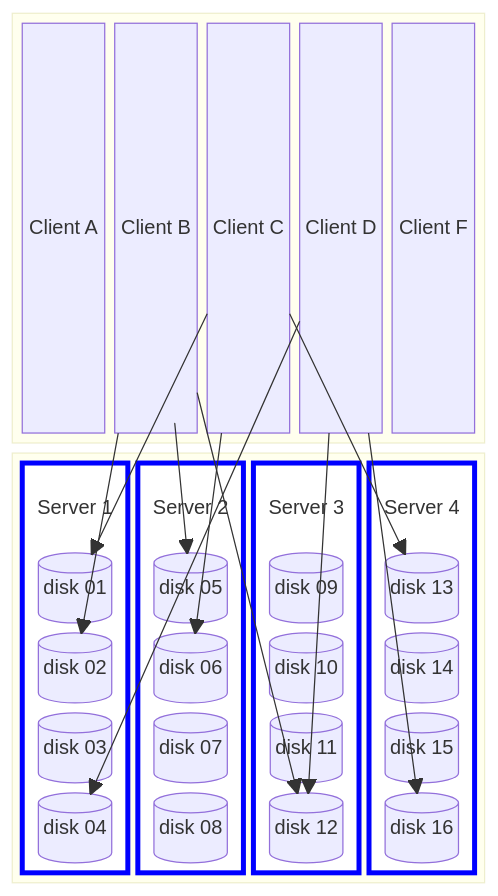
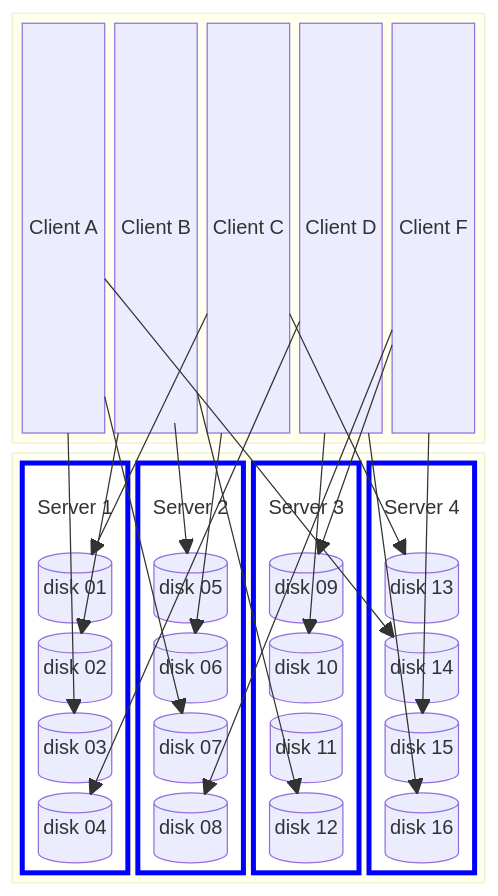
One commit to jan379/quobyte-presales changed the diagram in slidegenerator/mermaid/cluster_diagram.md. Above: the diagram before and after it, drawn with Mermaid.

Commit message:
all clients

````diff
--- a/slidegenerator/mermaid/cluster_diagram.md
+++ b/slidegenerator/mermaid/cluster_diagram.md
@@ -3,63 +3,69 @@
 ```mermaid
 block
 columns 1
   block:Compute
   columns 10
     C1["Client A"]
     C2["Client B"]
     C3["Client C"]
     C4["Client D"]
     C5["Client E"]
     C5["Client F"]
   end
   block:Storage
     block:S1
     columns 1
       label1["Server 1"]:1
       disk1[("disk 01")]
       disk2[("disk 02")]
       disk3[("disk 03")]
       disk4[("disk 04")]
     end
     block:S2(" ")
     columns 1
       label2["Server 2"]:1
       disk5[("disk 05")]
       disk6[("disk 06")]
       disk7[("disk 07")]
       disk8[("disk 08")]
     end
     block:S3(" ")
     columns 1
       label3["Server 3"]:1
       disk9[("disk 09")]
       disk10[("disk 10")]
       disk11[("disk 11")]
       disk12[("disk 12")]
     end
     block:S4(" ")
     columns 1
       label4["Server 4"]:1
       disk13[("disk 13")]
       disk14[("disk 14")]
       disk15[("disk 15")]
       disk16[("disk 16")]
     end
   end
+  C1 --> disk3
+  C1 --> disk7
+  C1 --> disk14
+  C2 --> disk2
+  C2 --> disk5
+  C2 --> disk12
   C3 --> disk1
   C3 --> disk6 
   C3 --> disk13
-  C2 --> disk2
-  C2 --> disk5
-  C2 --> disk12
   C4 --> disk4
-  C4 --> disk12
+  C4 --> disk10
   C4 --> disk16
+  C5 --> disk8
+  C5 --> disk9
+  C5 --> disk15
 classDef server fill:white,stroke:blue,stroke-width:4px;
 classDef client fill:#966,stroke:#333;
 classDef label fill:white,stroke:white;
 
 class S1,S2,S3,S4 server
 class label1,label2,label3,label4 label
 
 ```
````
